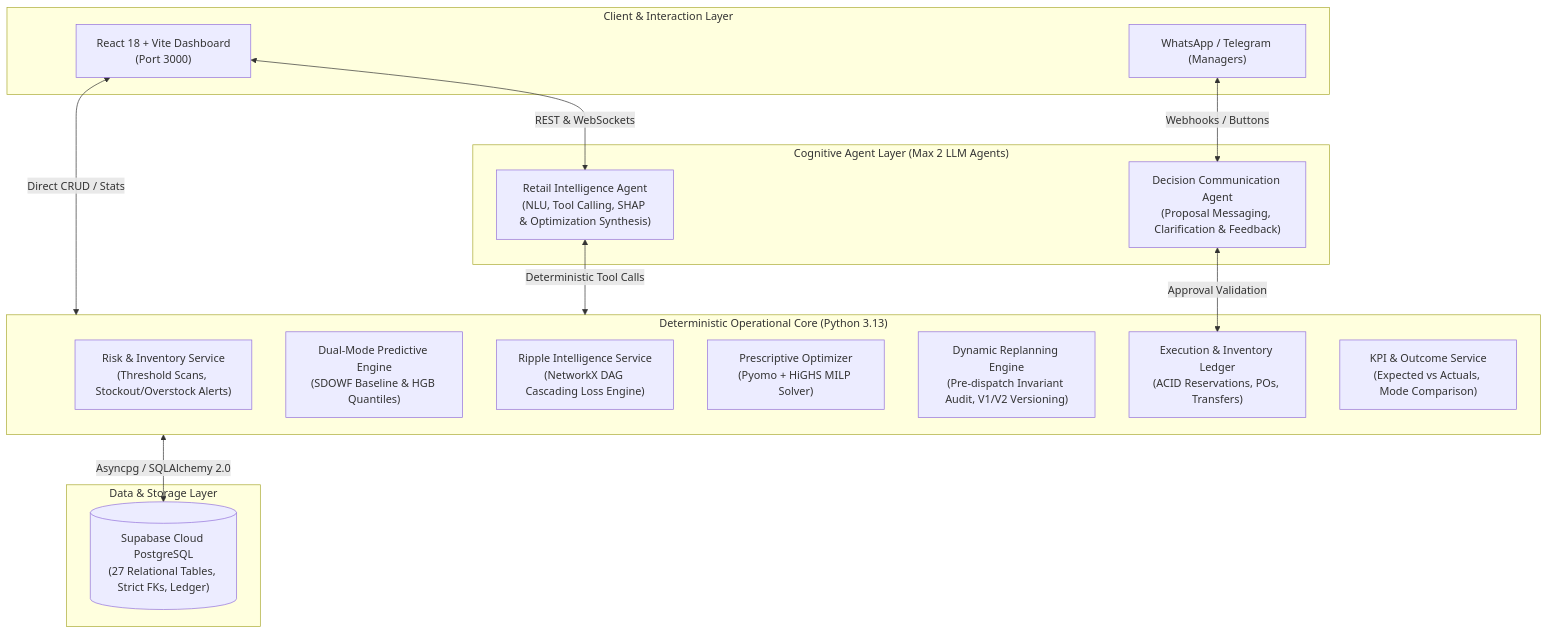
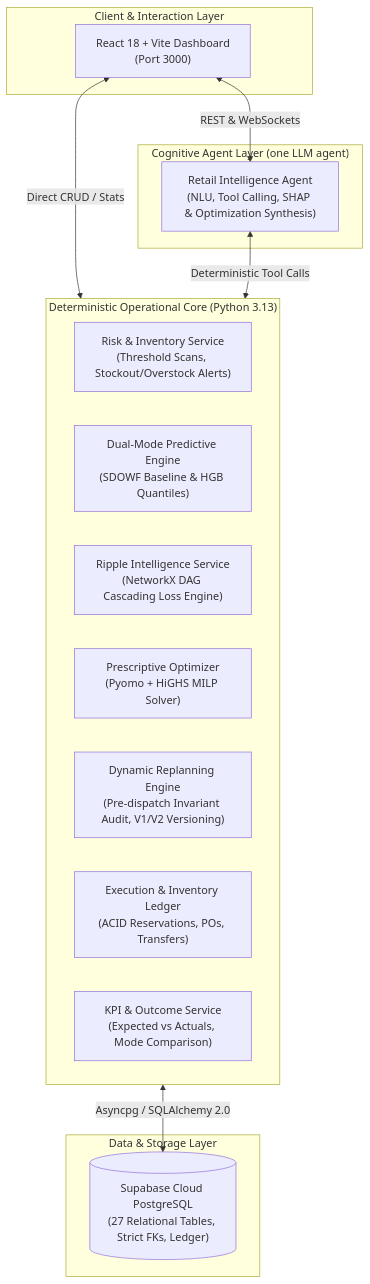
The diagram in README.md (boomiikas/RetailMindAI), drawn with Mermaid before and after one commit. The commit also changed other lines of this file and 50 other files, not shown here.

````diff
--- a/README.md
+++ b/README.md
@@ -132,33 +129,29 @@
 ```mermaid
 flowchart TD
     subgraph ClientLayer ["Client & Interaction Layer"]
         UI["React 18 + Vite Dashboard\n(Port 3000)"]
-        WA["WhatsApp / Telegram (Managers)"]
     end
 
-    subgraph AgentLayer ["Cognitive Agent Layer (Max 2 LLM Agents)"]
+    subgraph AgentLayer ["Cognitive Agent Layer (one LLM agent)"]
         RIA["Retail Intelligence Agent\n(NLU, Tool Calling, SHAP & Optimization Synthesis)"]
-        DCA["Decision Communication Agent\n(Proposal Messaging, Clarification & Feedback)"]
     end
 
     subgraph ServiceLayer ["Deterministic Operational Core (Python 3.13)"]
         MON["Risk & Inventory Service\n(Threshold Scans, Stockout/Overstock Alerts)"]
         PRED["Dual-Mode Predictive Engine\n(SDOWF Baseline & HGB Quantiles)"]
         RIP["Ripple Intelligence Service\n(NetworkX DAG Cascading Loss Engine)"]
         OPT["Prescriptive Optimizer\n(Pyomo + HiGHS MILP Solver)"]
         REP["Dynamic Replanning Engine\n(Pre-dispatch Invariant Audit, V1/V2 Versioning)"]
         EXEC["Execution & Inventory Ledger\n(ACID Reservations, POs, Transfers)"]
         PERF["KPI & Outcome Service\n(Expected vs Actuals, Mode Comparison)"]
     end
 
     subgraph DataLayer ["Data & Storage Layer"]
         DB[("Supabase Cloud PostgreSQL\n(27 Relational Tables, Strict FKs, Ledger)")]
     end
 
     UI <-->|REST & WebSockets| RIA
     UI <-->|Direct CRUD / Stats| ServiceLayer
-    WA <-->|Webhooks / Buttons| DCA
-    DCA <-->|Approval Validation| EXEC
     RIA <-->|Deterministic Tool Calls| ServiceLayer
     ServiceLayer <-->|Asyncpg / SQLAlchemy 2.0| DB
 ```
````
